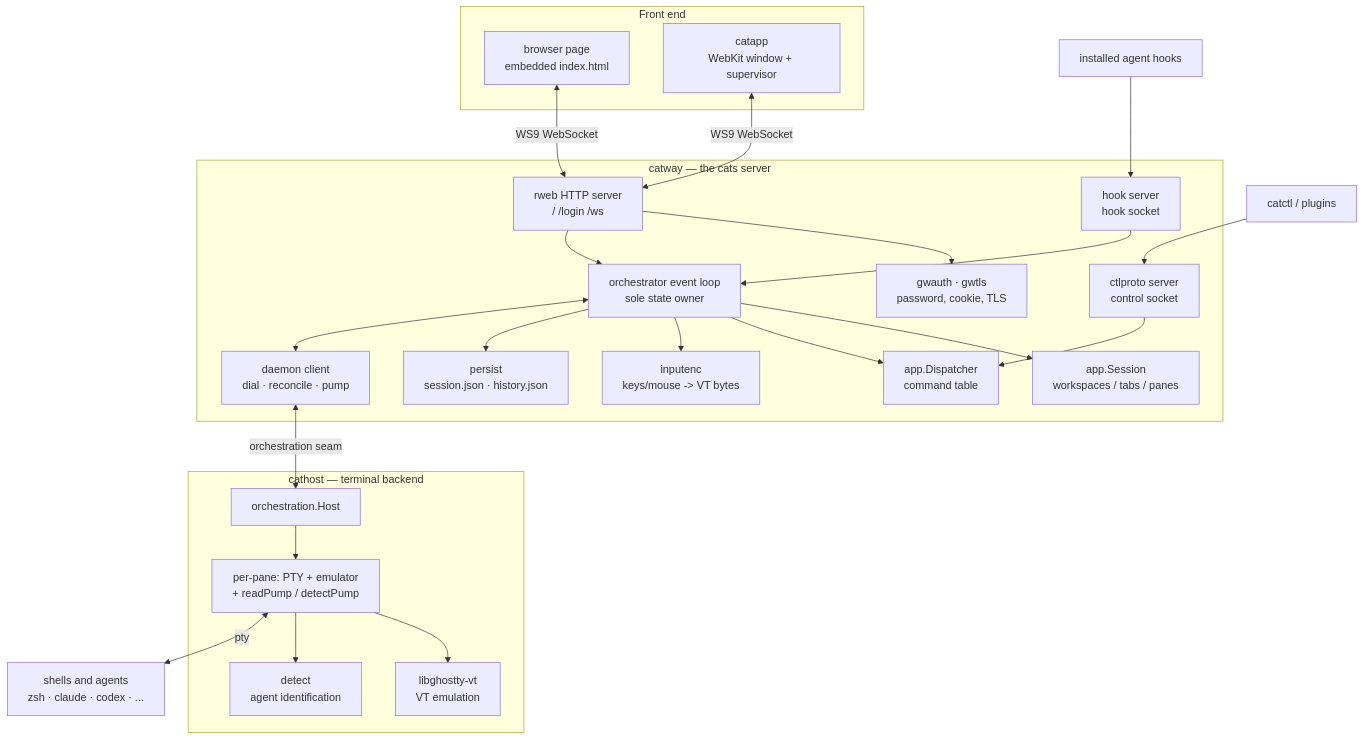
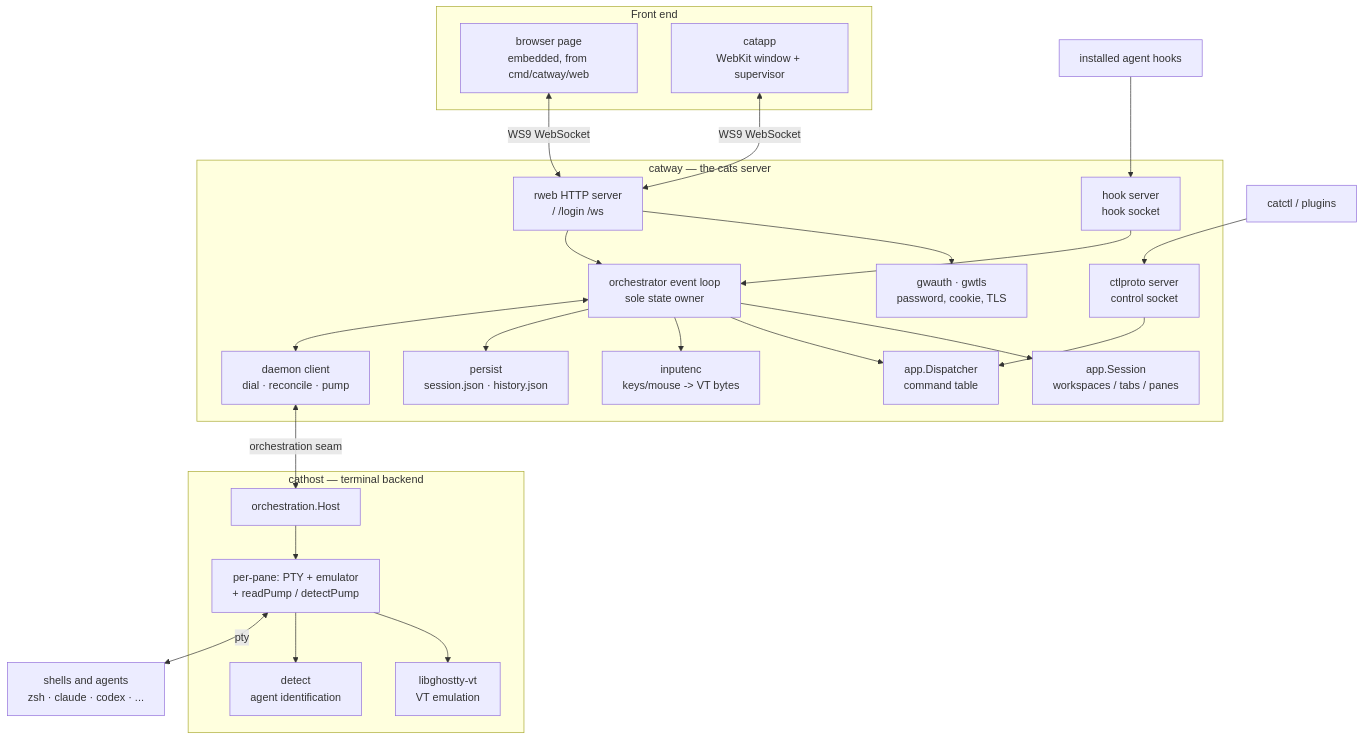
The first of 5 diagrams in docs/architecture/index.md (rohanthewiz/cats), drawn with Mermaid before and after one commit. The commit also changed other lines of this file and 92 other files, not shown here.

First line of the commit message:
web: index.html becomes a package — element components, css/ and js/

````diff
--- a/docs/architecture/index.md
+++ b/docs/architecture/index.md
@@ -9,50 +9,50 @@
 ```mermaid
 flowchart TB
   subgraph front["Front end"]
-    BROWSER["browser page<br/>embedded index.html"]
+    BROWSER["browser page<br/>embedded, from cmd/catway/web"]
     WEBVIEW["catapp<br/>WebKit window + supervisor"]
   end
 
   subgraph gw["catway — the cats server"]
     HTTP["rweb HTTP server<br/>/ /login /ws"]
     AUTH["gwauth · gwtls<br/>password, cookie, TLS"]
     LOOP["orchestrator event loop<br/>sole state owner"]
     SESS["app.Session<br/>workspaces / tabs / panes"]
     DISP["app.Dispatcher<br/>command table"]
     ENC["inputenc<br/>keys/mouse -> VT bytes"]
     PERSIST["persist<br/>session.json · history.json"]
     CTLSRV["ctlproto server<br/>control socket"]
     HOOKSRV["hook server<br/>hook socket"]
     DPUMP["daemon client<br/>dial · reconcile · pump"]
   end
 
   subgraph th["cathost — terminal backend"]
     HOST["orchestration.Host"]
     PANE["per-pane: PTY + emulator<br/>+ readPump / detectPump"]
     VT["libghostty-vt<br/>VT emulation"]
     DET["detect<br/>agent identification"]
   end
 
   SHELL["shells and agents<br/>zsh · claude · codex · ..."]
   CATCTL["catctl / plugins"]
   HOOKS["installed agent hooks"]
 
   BROWSER <-->|"WS9 WebSocket"| HTTP
   WEBVIEW <-->|"WS9 WebSocket"| HTTP
   HTTP --> AUTH
   HTTP --> LOOP
   LOOP --> SESS
   LOOP --> DISP
   LOOP --> ENC
   LOOP --> PERSIST
   CTLSRV --> DISP
   HOOKSRV --> LOOP
   CATCTL --> CTLSRV
   HOOKS --> HOOKSRV
   LOOP <--> DPUMP
   DPUMP <-->|"orchestration seam"| HOST
   HOST --> PANE
   PANE --> VT
   PANE --> DET
   PANE <-->|"pty"| SHELL
 ```
````
